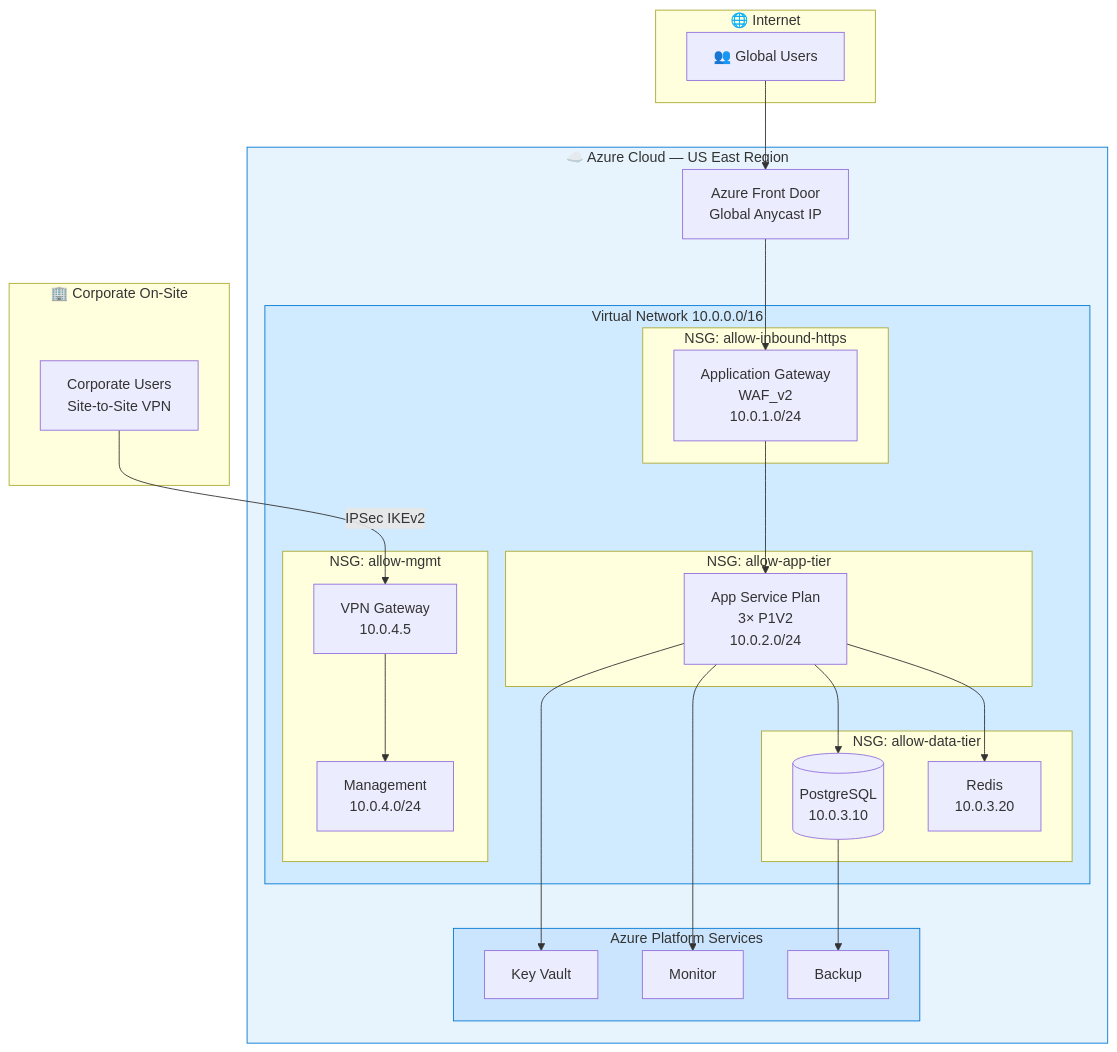
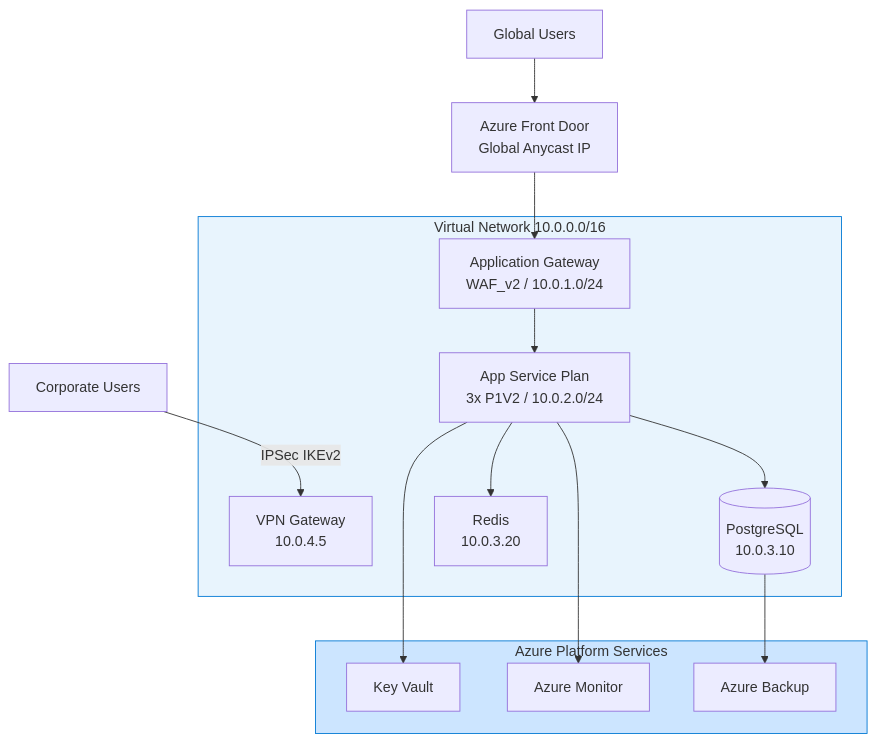
Before and after one commit to Shasi19/Azure-VxRail-VMware-Migration: the third of 4 diagrams in docs/Volume-1-Executive-Architecture/04-Azure-Architecture-Visual.md, drawn with Mermaid. The commit also changed other lines of this file and 7 other files, not shown here.

First line of the commit message:
Fix Mermaid render issues: simplify complex diagrams, remove emoji from labels, fix special chars

````diff
--- a/docs/Volume-1-Executive-Architecture/04-Azure-Architecture-Visual.md
+++ b/docs/Volume-1-Executive-Architecture/04-Azure-Architecture-Visual.md
@@ -113,47 +84,29 @@
 ```mermaid
 graph TB
-    subgraph INTERNET["🌐 Internet"]
-        USR[👥 Global Users]
+    USERS[Global Users] --> AFD
+    CORP[Corporate Users] -->|IPSec IKEv2| VPN_GW
+
+    AFD[Azure Front Door\nGlobal Anycast IP] --> APPGW
+
+    subgraph VNET["Virtual Network  10.0.0.0/16"]
+        APPGW[Application Gateway\nWAF_v2 / 10.0.1.0/24]
+        APP[App Service Plan\n3x P1V2 / 10.0.2.0/24]
+        DB[(PostgreSQL\n10.0.3.10)]
+        RD[Redis\n10.0.3.20]
+        VPN_GW[VPN Gateway\n10.0.4.5]
     end
 
-    subgraph AZURE["☁️ Azure Cloud — US East Region"]
-        AFD[Azure Front Door\nGlobal Anycast IP]
-
-        subgraph VNET["Virtual Network 10.0.0.0/16"]
-            subgraph NSG1["NSG: allow-inbound-https"]
-                APPGW[Application Gateway\nWAF_v2\n10.0.1.0/24]
-            end
-            subgraph NSG2["NSG: allow-app-tier"]
-                APP[App Service Plan\n3× P1V2\n10.0.2.0/24]
-            end
-            subgraph NSG3["NSG: allow-data-tier"]
-                DB[(PostgreSQL\n10.0.3.10)]
-                RD[Redis\n10.0.3.20]
-            end
-            subgraph NSG4["NSG: allow-mgmt"]
-                MGMT[Management\n10.0.4.0/24]
-                VPN_GW[VPN Gateway\n10.0.4.5]
-            end
-        end
-
-        subgraph SERVICES["Azure Platform Services"]
-            KV2[Key Vault]
-            MON[Monitor]
-            BK[Backup]
-        end
+    subgraph SERVICES["Azure Platform Services"]
+        KV[Key Vault]
+        MON[Azure Monitor]
+        BK[Azure Backup]
     end
 
-    subgraph ONSITE["🏢 Corporate On-Site"]
-        CORP[Corporate Users\nSite-to-Site VPN]
-    end
+    APPGW --> APP
+    APP --> DB & RD
+    APP --> MON & KV
+    DB --> BK
 
-    USR --> AFD --> APPGW --> APP
-    APP --> DB & RD
-    APP --> KV2 & MON
-    DB --> BK
-    CORP -->|IPSec IKEv2| VPN_GW --> MGMT
-
-    style AZURE fill:#e8f4fd,stroke:#0078D4
-    style VNET fill:#d0ebff,stroke:#0078D4
+    style VNET fill:#e8f4fd,stroke:#0078D4
     style SERVICES fill:#cce5ff,stroke:#0078D4
 ```
````
